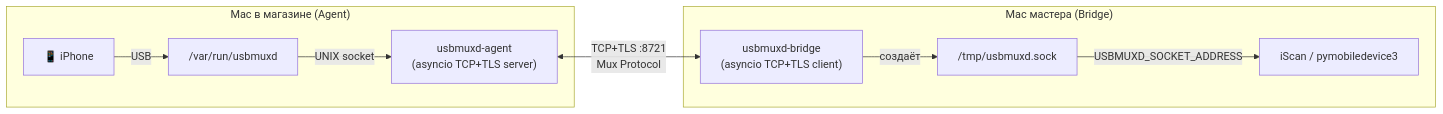
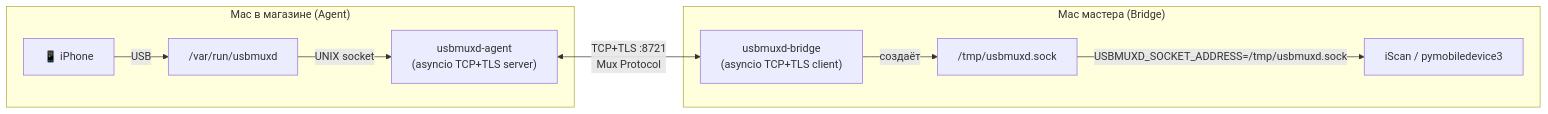
The diagram in README.md (chumafox/NetworkUSB), drawn with Mermaid before and after one commit. The commit also changed other lines of this file and 4 other files, not shown here.

````diff
--- a/README.md
+++ b/README.md
@@ -37,20 +39,20 @@
 ```mermaid
 graph LR
     subgraph Agent ["Mac в магазине (Agent)"]
         iphone["📱 iPhone"]
         usbmuxd["/var/run/usbmuxd"]
         agent_srv["usbmuxd-agent\n(asyncio TCP+TLS server)"]
         iphone -->|USB| usbmuxd
         usbmuxd -->|UNIX socket| agent_srv
     end
 
     subgraph Bridge ["Mac мастера (Bridge)"]
         bridge_cli["usbmuxd-bridge\n(asyncio TCP+TLS client)"]
         unix_sock["/tmp/usbmuxd.sock"]
         iscan["iScan / pymobiledevice3"]
         bridge_cli -->|создаёт| unix_sock
-        unix_sock -->|USBMUXD_SOCKET_ADDRESS| iscan
+        unix_sock -->|USBMUXD_SOCKET_ADDRESS=/tmp/usbmuxd.sock| iscan
     end
 
     agent_srv <-->|"TCP+TLS :8721\nMux Protocol"| bridge_cli
 ```
````
